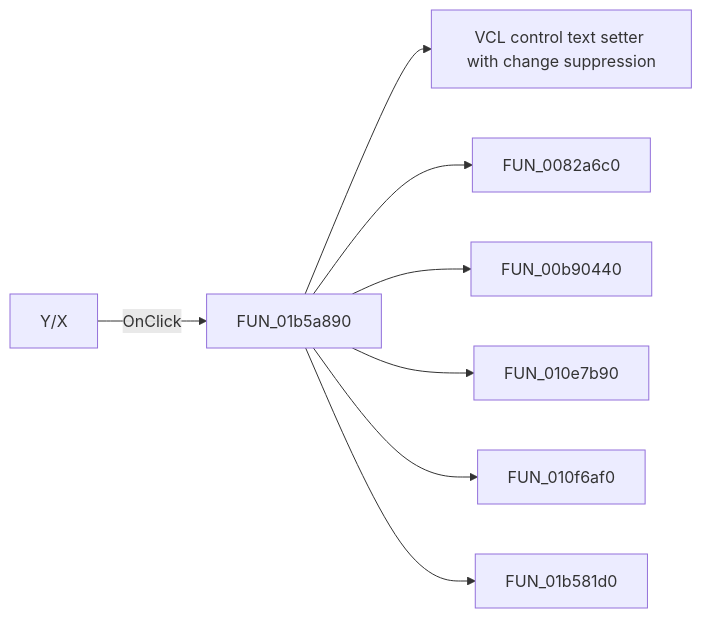
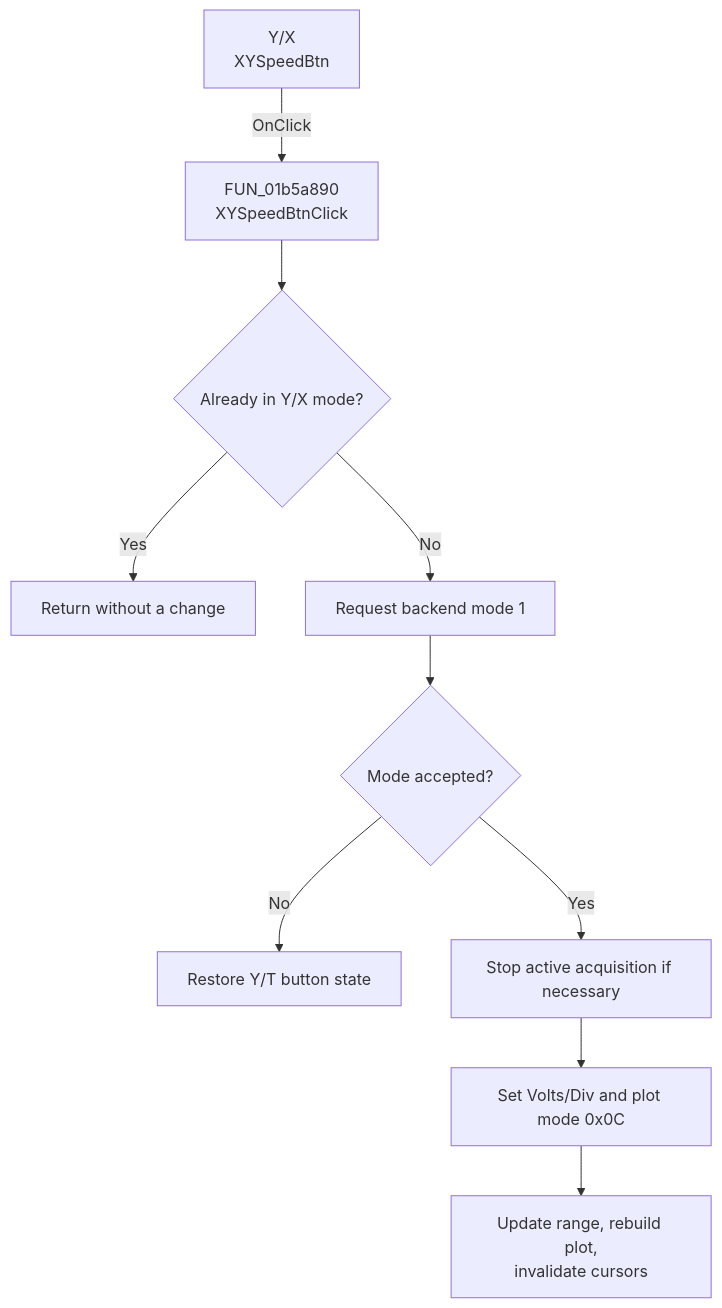
The diagram in docs/ui-controls/xyrecorderwin/xyspeedbtn-17e234a404.md (MovGP0/TIARA), drawn with Mermaid before and after one commit. The commit also changed other lines of this file and 387 other files, not shown here.

````diff
--- a/docs/ui-controls/xyrecorderwin/xyspeedbtn-17e234a404.md
+++ b/docs/ui-controls/xyrecorderwin/xyspeedbtn-17e234a404.md
@@ -27,10 +29,12 @@
 ```mermaid
-flowchart LR
-    control["Y/X"] -->|OnClick| handler["FUN_01b5a890"]
-    handler --> call1["VCL control text setter with change suppression"]
-    handler --> call2["FUN_0082a6c0"]
-    handler --> call3["FUN_00b90440"]
-    handler --> call4["FUN_010e7b90"]
-    handler --> call5["FUN_010f6af0"]
-    handler --> call6["FUN_01b581d0"]
+flowchart TD
+    control["Y/X<br/>XYSpeedBtn"] -->|OnClick| handler["FUN_01b5a890<br/>XYSpeedBtnClick"]
+    handler --> current{"Already in Y/X mode?"}
+    current -->|Yes| unchanged["Return without a change"]
+    current -->|No| request["Request backend mode 1"]
+    request --> accepted{"Mode accepted?"}
+    accepted -->|No| restore["Restore Y/T button state"]
+    accepted -->|Yes| stop["Stop active acquisition if necessary"]
+    stop --> axes["Set Volts/Div and plot mode 0x0C"]
+    axes --> rebuild["Update range, rebuild plot,<br/>invalidate cursors"]
 ```
````
